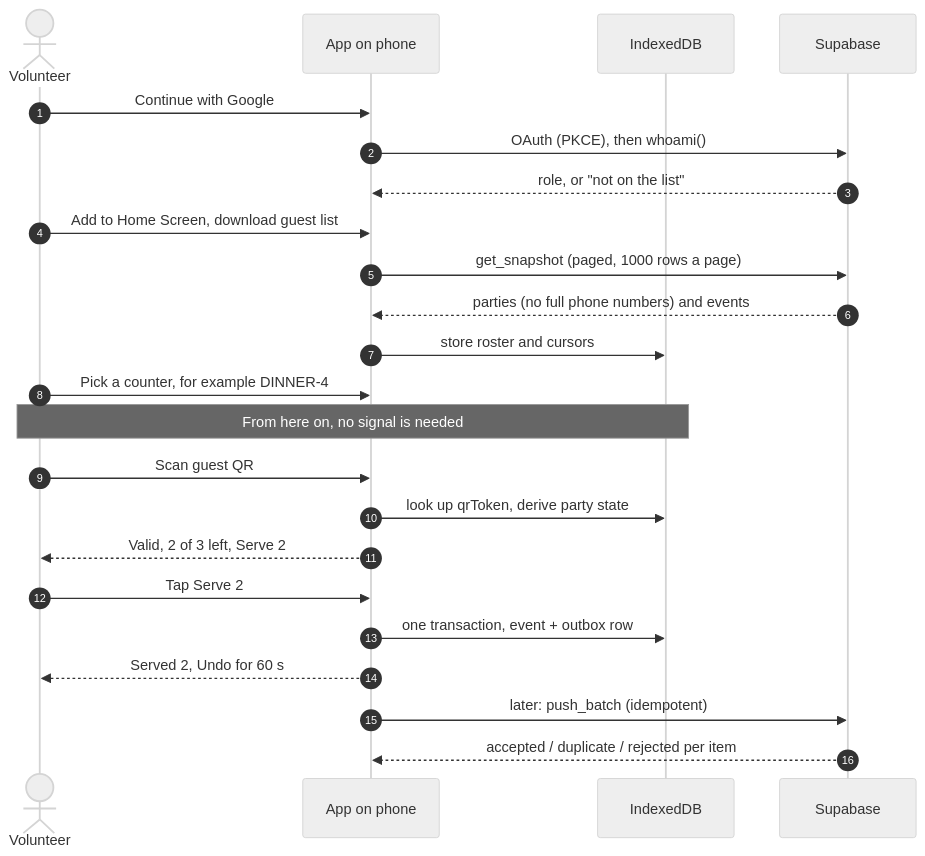
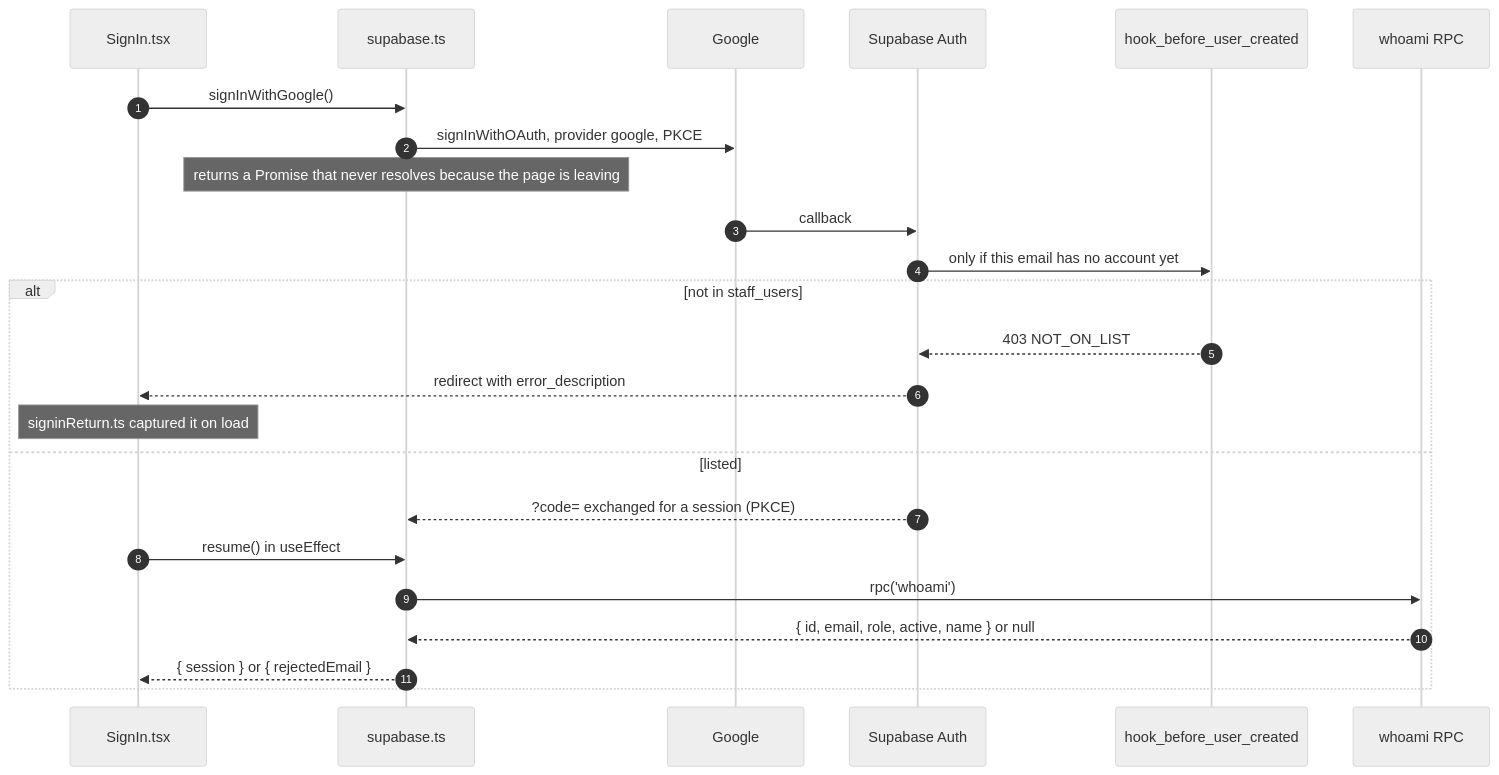
Before and after one commit to VarunMatta5625/homecoming-checkin: the second of 3 diagrams in README.md, drawn with Mermaid (neutral theme). The commit also changed other lines of this file, not shown here.

First line of the commit message:
Make README a code-only walkthrough (#9)

````diff
--- a/README.md
+++ b/README.md
@@ -116,25 +526,26 @@
 ```mermaid
 sequenceDiagram
     autonumber
-    actor V as Volunteer
-    participant A as App on phone
-    participant D as IndexedDB
-    participant S as Supabase
-    V->>A: Continue with Google
-    A->>S: OAuth (PKCE), then whoami()
-    S-->>A: role, or "not on the list"
-    V->>A: Add to Home Screen, download guest list
-    A->>S: get_snapshot (paged, 1000 rows a page)
-    S-->>A: parties (no full phone numbers) and events
-    A->>D: store roster and cursors
-    V->>A: Pick a counter, for example DINNER-4
-    Note over V,D: From here on, no signal is needed
-    V->>A: Scan guest QR
-    A->>D: look up qrToken, derive party state
-    A-->>V: Valid, 2 of 3 left, Serve 2
-    V->>A: Tap Serve 2
-    A->>D: one transaction, event + outbox row
-    A-->>V: Served 2, Undo for 60 s
-    A->>S: later: push_batch (idempotent)
-    S-->>A: accepted / duplicate / rejected per item
+    participant UI as SignIn.tsx
+    participant SB as supabase.ts
+    participant G as Google
+    participant A as Supabase Auth
+    participant H as hook_before_user_created
+    participant DB as whoami RPC
+    UI->>SB: signInWithGoogle()
+    SB->>G: signInWithOAuth, provider google, PKCE
+    Note over SB: returns a Promise that never resolves because the page is leaving
+    G->>A: callback
+    A->>H: only if this email has no account yet
+    alt not in staff_users
+        H-->>A: 403 NOT_ON_LIST
+        A-->>UI: redirect with error_description
+        Note over UI: signinReturn.ts captured it on load
+    else listed
+        A-->>SB: ?code= exchanged for a session (PKCE)
+        UI->>SB: resume() in useEffect
+        SB->>DB: rpc('whoami')
+        DB-->>SB: { id, email, role, active, name } or null
+        SB-->>UI: { session } or { rejectedEmail }
+    end
 ```
````
